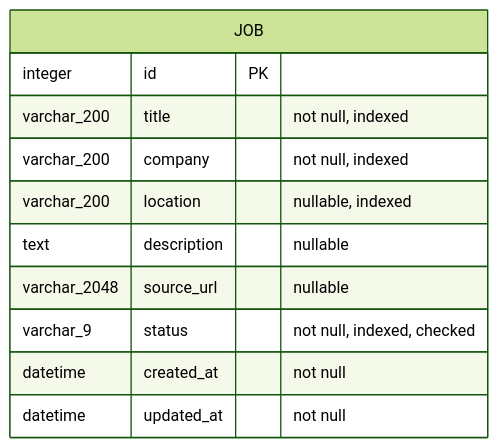
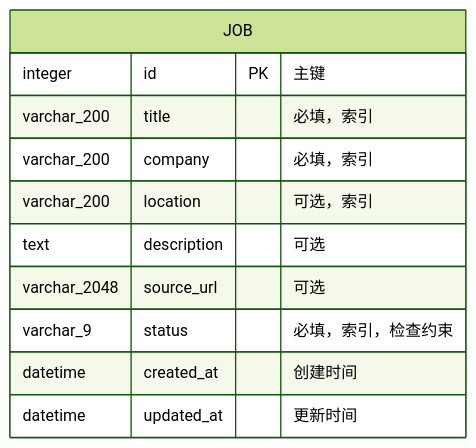
Before and after one commit to xuyang2005cs/career-assistant-platform: the diagram in docs/architecture/database-schema.md, drawn with Mermaid (forest theme). The commit also changed other lines of this file and 19 other files, not shown here.

````diff
--- a/docs/architecture/database-schema.md
+++ b/docs/architecture/database-schema.md
@@ -7,14 +7,14 @@
 ```mermaid
 erDiagram
     JOB {
-        integer id PK
-        varchar_200 title "not null, indexed"
-        varchar_200 company "not null, indexed"
-        varchar_200 location "nullable, indexed"
-        text description "nullable"
-        varchar_2048 source_url "nullable"
-        varchar_9 status "not null, indexed, checked"
-        datetime created_at "not null"
-        datetime updated_at "not null"
+        integer id PK "主键"
+        varchar_200 title "必填，索引"
+        varchar_200 company "必填，索引"
+        varchar_200 location "可选，索引"
+        text description "可选"
+        varchar_2048 source_url "可选"
+        varchar_9 status "必填，索引，检查约束"
+        datetime created_at "创建时间"
+        datetime updated_at "更新时间"
     }
 ```
````
